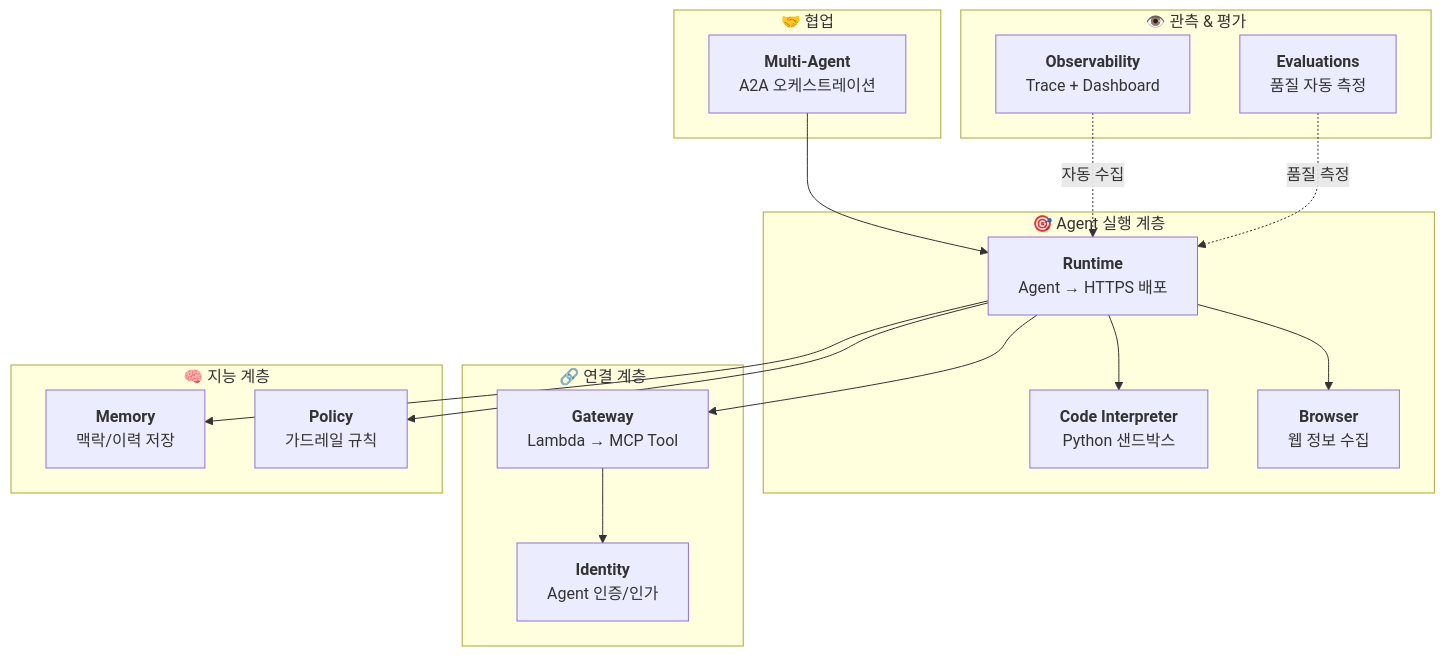
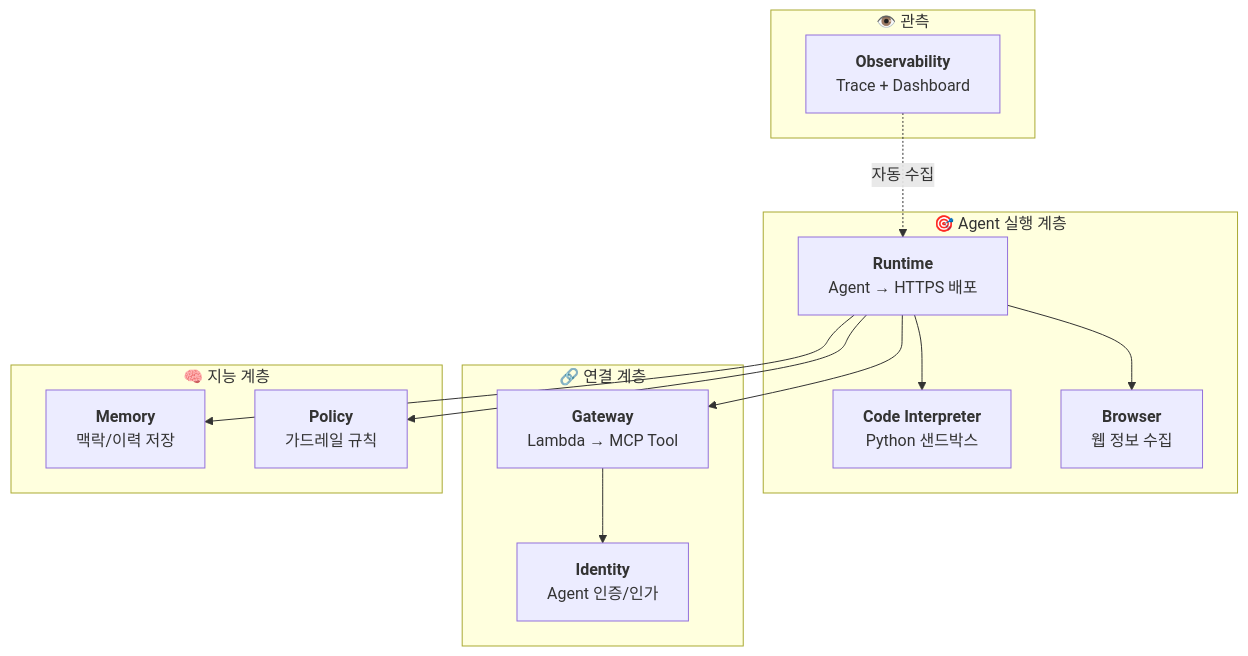
One commit to kjhyuok/rcg-agentcore-workshop-guide changed the first of 4 diagrams in docs/appendix/service-map.md. Above: the diagram before and after it, drawn with Mermaid. The commit also changed other lines of this file and 28 other files, not shown here.

````diff
--- a/docs/appendix/service-map.md
+++ b/docs/appendix/service-map.md
@@ -11,37 +11,30 @@
 ```mermaid
 graph TB
     subgraph "🎯 Agent 실행 계층"
         RT["<b>Runtime</b><br/>Agent → HTTPS 배포"]
         CI["<b>Code Interpreter</b><br/>Python 샌드박스"]
         BR["<b>Browser</b><br/>웹 정보 수집"]
     end
 
     subgraph "🔗 연결 계층"
         GW["<b>Gateway</b><br/>Lambda → MCP Tool"]
         ID["<b>Identity</b><br/>Agent 인증/인가"]
     end
 
     subgraph "🧠 지능 계층"
         ME["<b>Memory</b><br/>맥락/이력 저장"]
         PO["<b>Policy</b><br/>가드레일 규칙"]
     end
 
-    subgraph "👁️ 관측 & 평가"
+    subgraph "👁️ 관측"
         OB["<b>Observability</b><br/>Trace + Dashboard"]
-        EV["<b>Evaluations</b><br/>품질 자동 측정"]
-    end
-
-    subgraph "🤝 협업"
-        MA["<b>Multi-Agent</b><br/>A2A 오케스트레이션"]
     end
 
     RT --> GW
     RT --> CI
     RT --> BR
     RT --> ME
     RT --> PO
     GW --> ID
-    MA --> RT
     OB -.->|자동 수집| RT
-    EV -.->|품질 측정| RT
 ```
````
